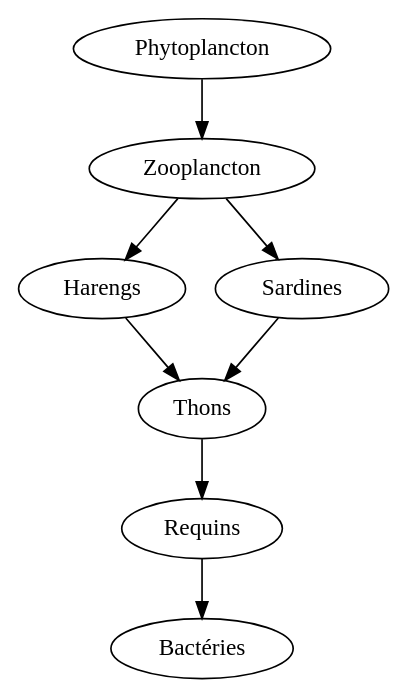
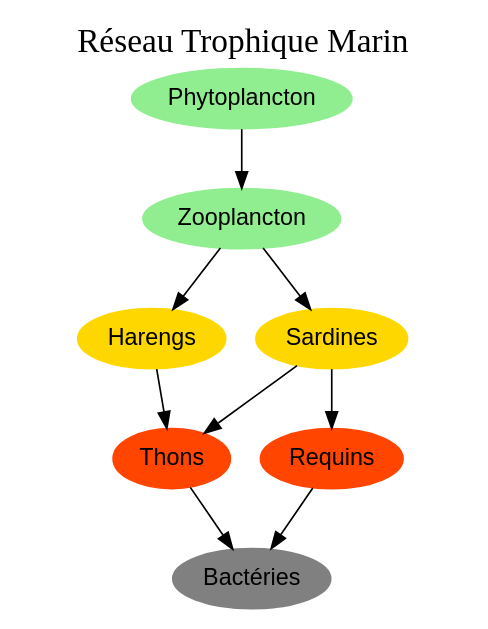
Before and after one commit to zhjacques/Projet-TDG: the diagram in cmake-build-debug/marin.dot, drawn with Graphviz.

Commit message:
marin.dot

```diff
--- a/cmake-build-debug/marin.dot
+++ b/cmake-build-debug/marin.dot
@@ -1,9 +1,25 @@
 digraph reseau_trophique {
+    label="Réseau Trophique Marin";
+    labelloc="top";
+    fontsize=20;
+
+    // Couleurs des groupes
+    node [style=filled, fontname="Arial"];
+    "Phytoplancton" [color=lightgreen];
+    "Zooplancton" [color=lightgreen];
+    "Harengs" [color=gold];
+    "Sardines" [color=gold];
+    "Thons" [color=orangered];
+    "Requins" [color=orangered];
+    "Bactéries" [color=gray];
+
+    // Relations
     "Phytoplancton" -> "Zooplancton";
     "Zooplancton" -> "Harengs";
     "Zooplancton" -> "Sardines";
     "Harengs" -> "Thons";
     "Sardines" -> "Thons";
-    "Thons" -> "Requins";
+    "Sardines" -> "Requins";
+    "Thons" -> "Bactéries";
     "Requins" -> "Bactéries";
 }
```
